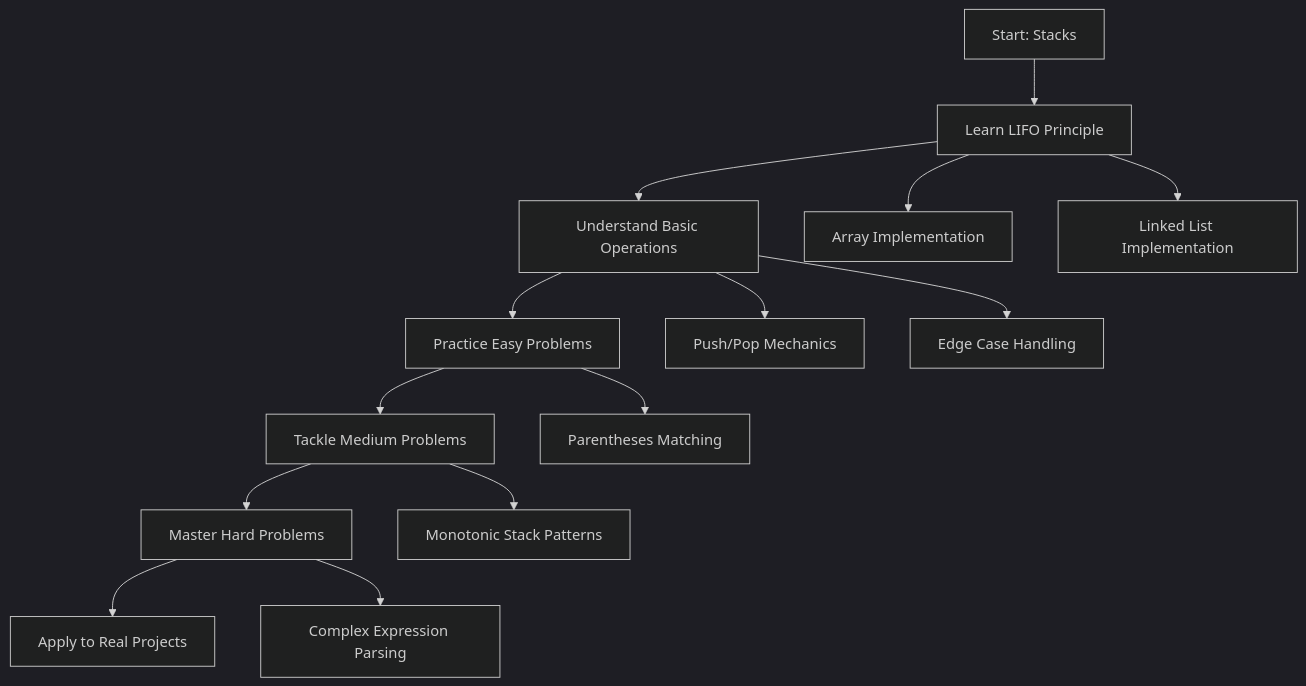
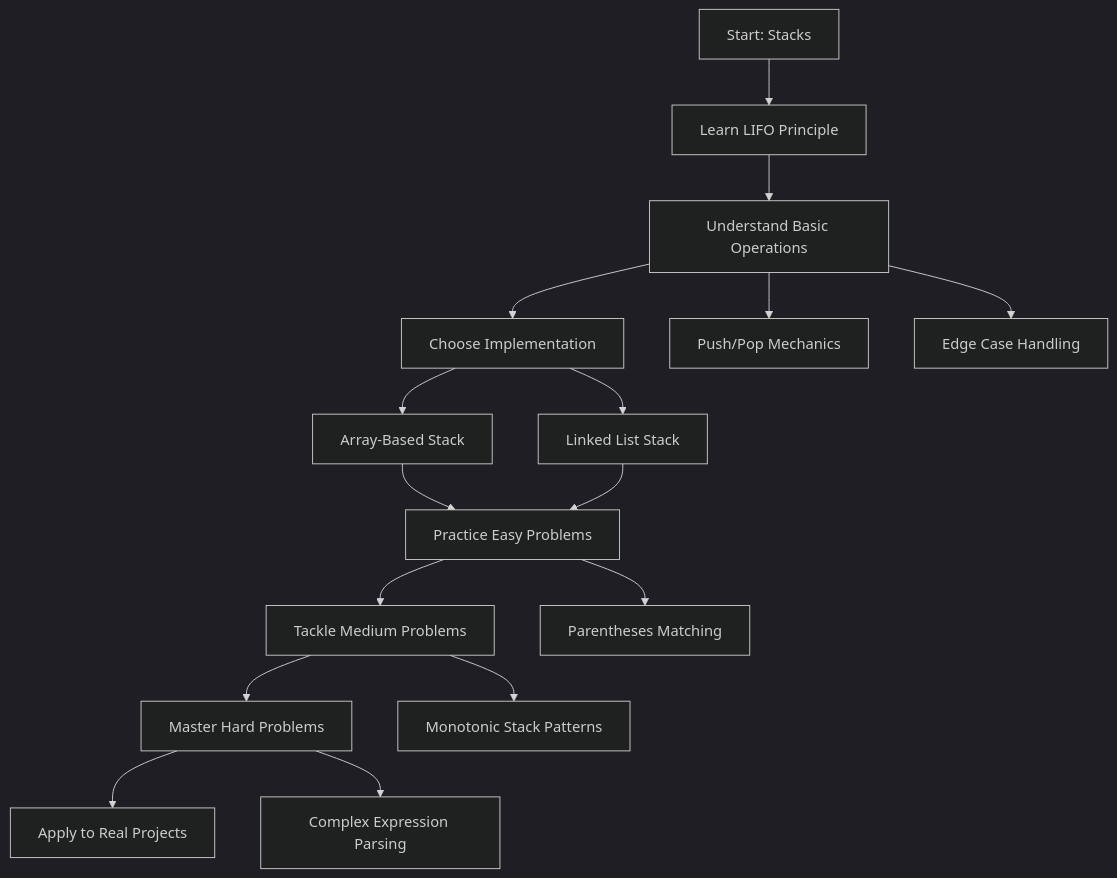
One commit to nvgr-GenAI/my-learning changed the diagram in docs/algorithms/data-structures/stacks/index.md. Above: the diagram before and after it, drawn with Mermaid (dark theme). The commit also changed other lines of this file and 89 other files, not shown here.

````diff
--- a/docs/algorithms/data-structures/stacks/index.md
+++ b/docs/algorithms/data-structures/stacks/index.md
@@ -65,18 +71,20 @@
 ```mermaid
 graph TD
     A[Start: Stacks] --> B[Learn LIFO Principle]
     B --> C[Understand Basic Operations]
-    C --> D[Practice Easy Problems]
-    D --> E[Tackle Medium Problems] 
-    E --> F[Master Hard Problems]
-    F --> G[Apply to Real Projects]
+    C --> D[Choose Implementation]
+    D --> E[Array-Based Stack]
+    D --> F[Linked List Stack]
+    E --> G[Practice Easy Problems]
+    F --> G
+    G --> H[Tackle Medium Problems] 
+    H --> I[Master Hard Problems]
+    I --> J[Apply to Real Projects]
     
-    B --> H[Array Implementation]
-    B --> I[Linked List Implementation]
-    C --> J[Push/Pop Mechanics]
-    C --> K[Edge Case Handling]
+    C --> K[Push/Pop Mechanics]
+    C --> L[Edge Case Handling]
     
-    D --> L[Parentheses Matching]
-    E --> M[Monotonic Stack Patterns]
-    F --> N[Complex Expression Parsing]
+    G --> M[Parentheses Matching]
+    H --> N[Monotonic Stack Patterns]
+    I --> O[Complex Expression Parsing]
 ```
````
